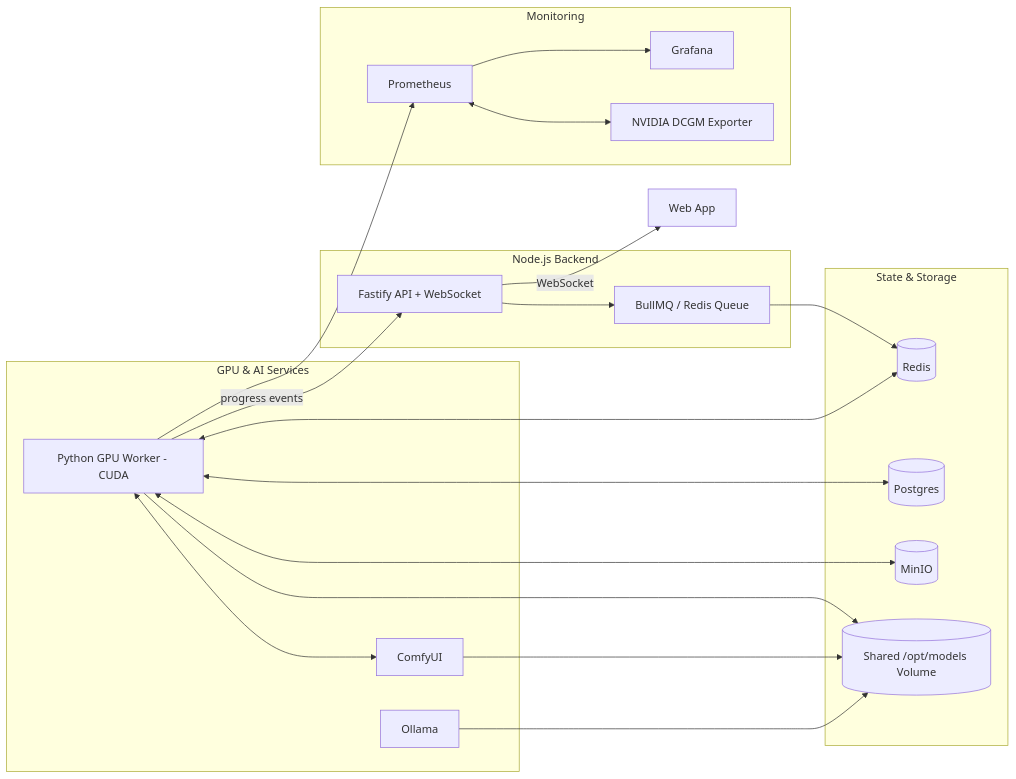
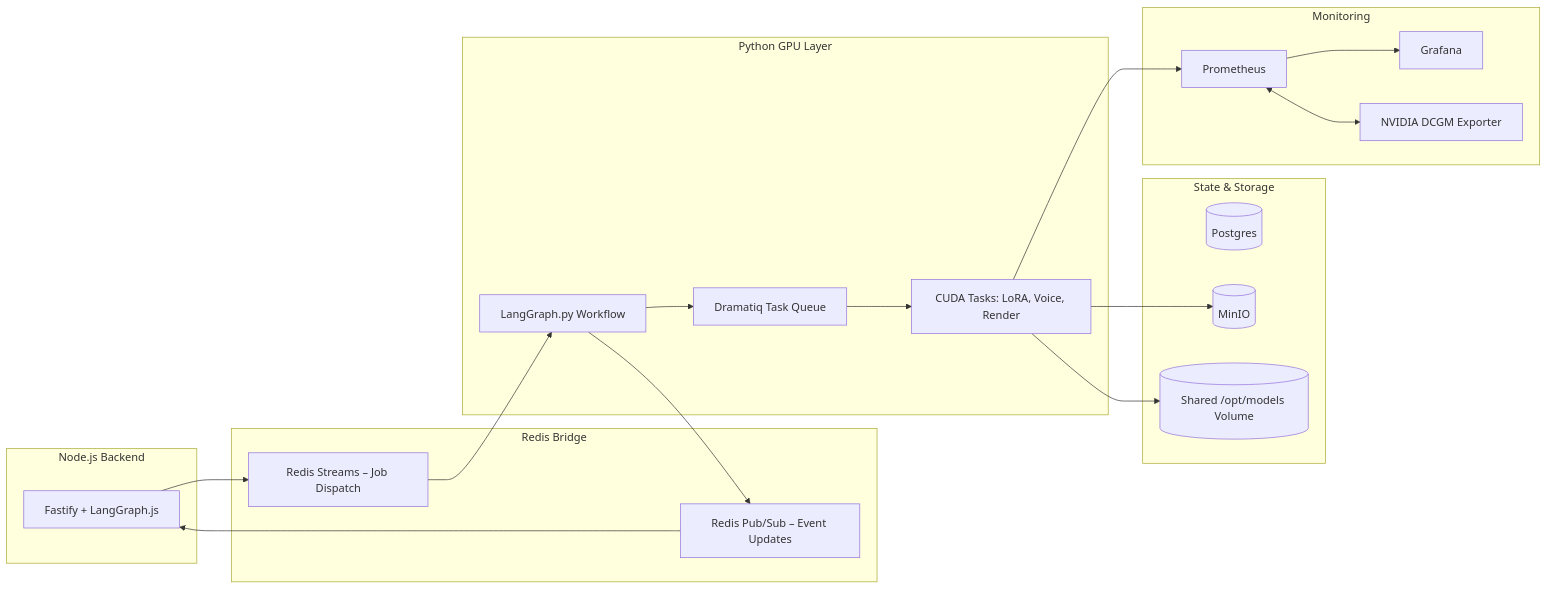
Before and after one commit to ktzevani/myspinbot: the diagram in docs/phase2/phase2_overview.md, drawn with Mermaid. The commit also changed other lines of this file and 6 other files, not shown here.

Commit message:
Revised project architecture. Introduces new architecture with a double LangGraph orchestration (cross runtime), Redis Streams insteadn of BullMQ and Dramatiq instead of Celery.

````diff
--- a/docs/phase2/phase2_overview.md
+++ b/docs/phase2/phase2_overview.md
@@ -98,41 +97,41 @@
 ```mermaid
 flowchart LR
-    subgraph Backend[Node.js Backend]
-        API[Fastify API + WebSocket]
-        Q[BullMQ / Redis Queue]
+    subgraph Node[Node.js Backend]
+        API[Fastify + LangGraph.js]
     end
 
-    subgraph Workers[GPU & AI Services]
-        PW[Python GPU Worker - CUDA]
-        CU[ComfyUI]
-        OL[Ollama]
+    subgraph Bridge[Redis Bridge]
+        RS[Redis Streams – Job Dispatch]
+        PS[Redis Pub/Sub – Event Updates]
+    end
+
+    subgraph Workers[Python GPU Layer]
+        LGpy[LangGraph.py Workflow]
+        DRQ[Dramatiq Task Queue]
+        GPU[CUDA Tasks: LoRA, Voice, Render]
     end
 
     subgraph Data[State & Storage]
-        RD[(Redis)]
         PG[(Postgres)]
         S3[(MinIO)]
         MD[(Shared /opt/models Volume)]
     end
 
     subgraph Observability[Monitoring]
         PR[Prometheus]
         GF[Grafana]
         NV[NVIDIA DCGM Exporter]
     end
 
-    API --> Q
-    Q --> RD
-    PW <--> RD
-    PW <--> S3
-    PW <--> PG
-    PW <--> CU
-    PW --> PR
+    API --> RS
+    RS --> LGpy
+    LGpy --> DRQ
+    DRQ --> GPU
+    GPU --> S3
+    GPU --> PR
+    LGpy --> PS
+    PS --> API
     PR --> GF
     PR <--> NV
-    PW -->|progress events| API
-    API -->|WebSocket| Client[Web App]
-    PW --> MD
-    CU --> MD
-    OL --> MD
+    GPU --> MD
 ```
````
